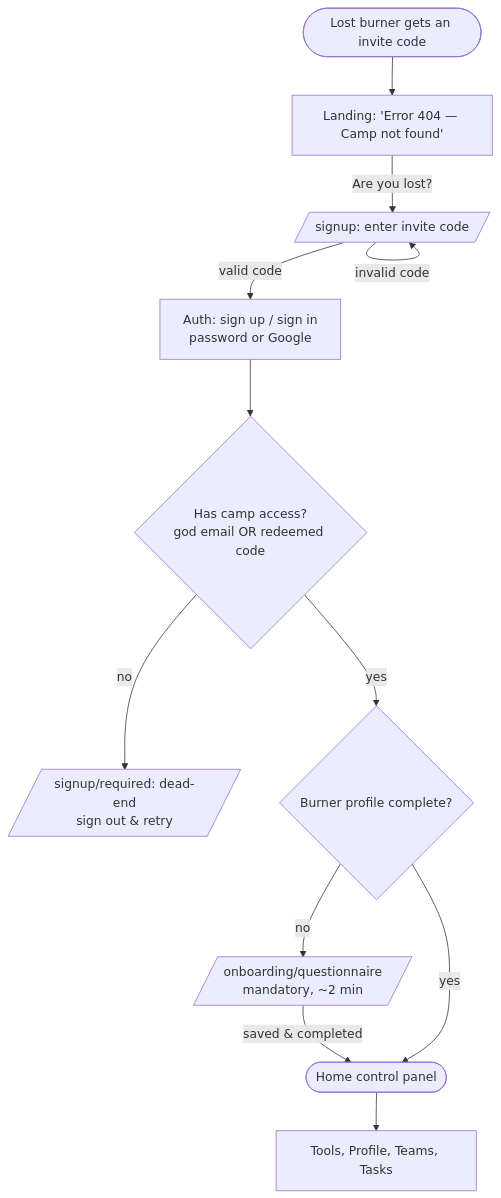
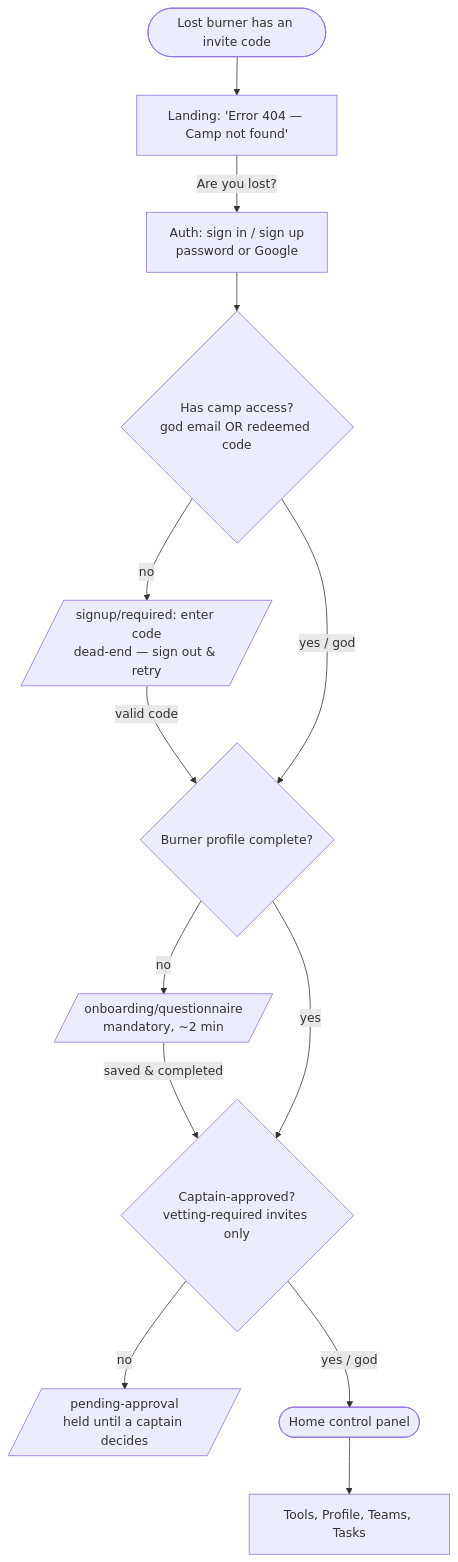
Before and after one commit to RyRy79261/camp-404: the first of 9 diagrams in docs/user-journey.md, drawn with Mermaid. The commit also changed other lines of this file and 10 other files, not shown here.

````diff
--- a/docs/user-journey.md
+++ b/docs/user-journey.md
@@ -25,16 +26,15 @@
 ```mermaid
 flowchart TD
-    A([Lost burner gets an invite code]) --> B[Landing: 'Error 404 — Camp not found']
-    B -->|Are you lost?| C[/signup: enter invite code/]
-    C -->|valid code| D[Auth: sign up / sign in<br/>password or Google]
-    C -->|invalid code| C
+    A([Lost burner has an invite code]) --> B[Landing: 'Error 404 — Camp not found']
+    B -->|Are you lost?| D[Auth: sign in / sign up<br/>password or Google]
     D --> E{Has camp access?<br/>god email OR redeemed code}
-    E -->|no| F[/signup/required: dead-end<br/>sign out & retry/]
-    E -->|yes| G{Burner profile complete?}
+    E -->|no| F[/signup/required: enter code<br/>dead-end — sign out & retry/]
+    F -->|valid code| G
+    E -->|yes / god| G{Burner profile complete?}
     G -->|no| H[/onboarding/questionnaire<br/>mandatory, ~2 min/]
-    H -->|saved & completed| I
-    G -->|yes| I([Home control panel])
+    H -->|saved & completed| K
+    G -->|yes| K{Captain-approved?<br/>vetting-required invites only}
+    K -->|no| P[/pending-approval<br/>held until a captain decides/]
+    K -->|yes / god| I([Home control panel])
     I --> J[Tools, Profile, Teams, Tasks]
-
-    classDef planned stroke-dasharray: 5 5;
 ```
````
